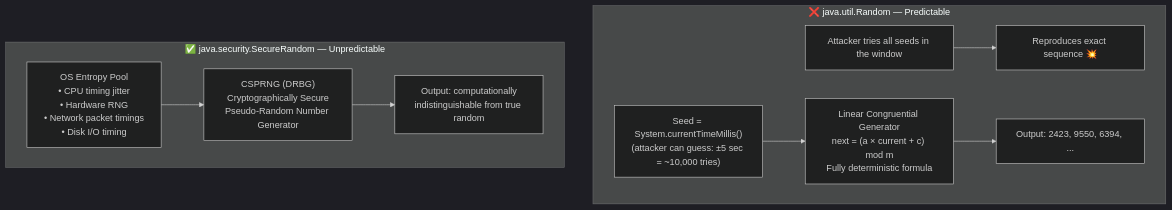
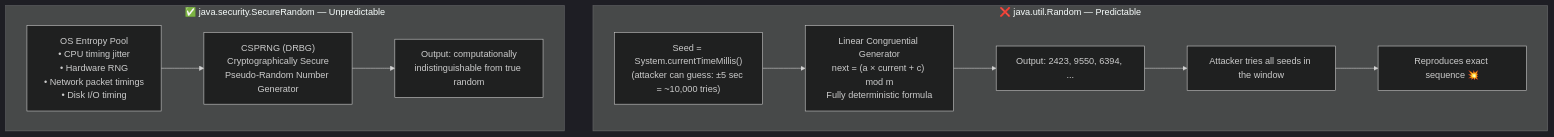
Before and after one commit to csoares/SecurityJava: the fourth of 9 diagrams in src/main/java/security/attacks/README.md, drawn with Mermaid (dark theme). The commit also changed 8 other files, not shown here.

Commit message:
Enhance README with additional flowchart connections and clarifications for cryptographic concepts

````diff
--- a/src/main/java/security/attacks/README.md
+++ b/src/main/java/security/attacks/README.md
@@ -81,17 +81,17 @@
 ```mermaid
 flowchart TD
     subgraph Weak ["❌ java.util.Random — Predictable"]
         SEED["Seed = System.currentTimeMillis()<br/>(attacker can guess: ±5 sec = ~10,000 tries)"]
         LCG["Linear Congruential Generator<br/>next = (a × current + c) mod m<br/>Fully deterministic formula"]
         OUT["Output: 2423, 9550, 6394, ..."]
-        ATKSEED["Attacker tries all seeds in the window"] --> ATKOUT["Reproduces exact sequence 💥"]
         SEED --> LCG --> OUT
+        OUT --> ATKSEED["Attacker tries all seeds in the window"] --> ATKOUT["Reproduces exact sequence 💥"]
     end
 
     subgraph Strong ["✅ java.security.SecureRandom — Unpredictable"]
         ENTROPY["OS Entropy Pool<br/>• CPU timing jitter<br/>• Hardware RNG<br/>• Network packet timings<br/>• Disk I/O timing"]
         DRBG["CSPRNG (DRBG)<br/>Cryptographically Secure<br/>Pseudo-Random Number Generator"]
         SOUT["Output: computationally<br/>indistinguishable from true random"]
         ENTROPY --> DRBG --> SOUT
     end
 ```
````
